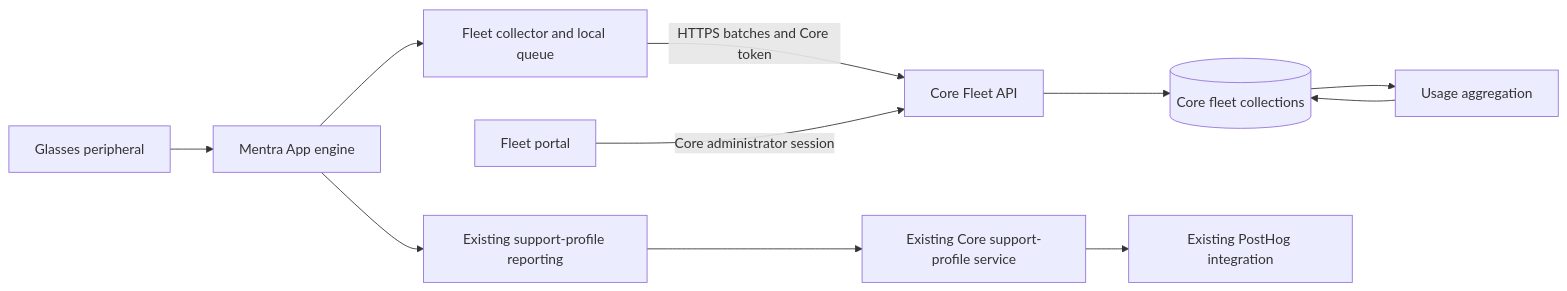
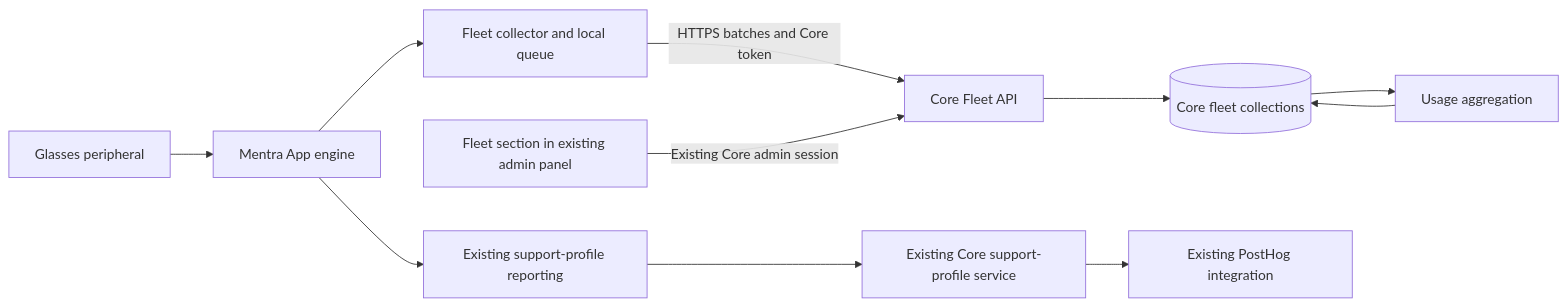
The diagram in notes/superpowers/specs/2026-09-18-mentra-fleet-management.md (Mentra-Community/MentraOS), drawn with Mermaid before and after one commit. The commit also changed other lines of this file, not shown here.

Commit message:
Simplify Fleet rollout around the existing Core admin panel

````diff
--- a/notes/superpowers/specs/2026-09-18-mentra-fleet-management.md
+++ b/notes/superpowers/specs/2026-09-18-mentra-fleet-management.md
@@ -58,13 +61,13 @@
 ```mermaid
 flowchart LR
     G[Glasses peripheral] --> E[Mentra App engine]
     E --> F[Fleet collector and local queue]
     F -->|HTTPS batches and Core token| C[Core Fleet API]
     C --> D[(Core fleet collections)]
     D --> A[Usage aggregation]
     A --> D
-    W[Fleet portal] -->|Core administrator session| C
+    W[Fleet section in existing admin panel] -->|Existing Core admin session| C
     E --> S[Existing support-profile reporting]
     S --> SC[Existing Core support-profile service]
     SC --> P[Existing PostHog integration]
 ```
````
